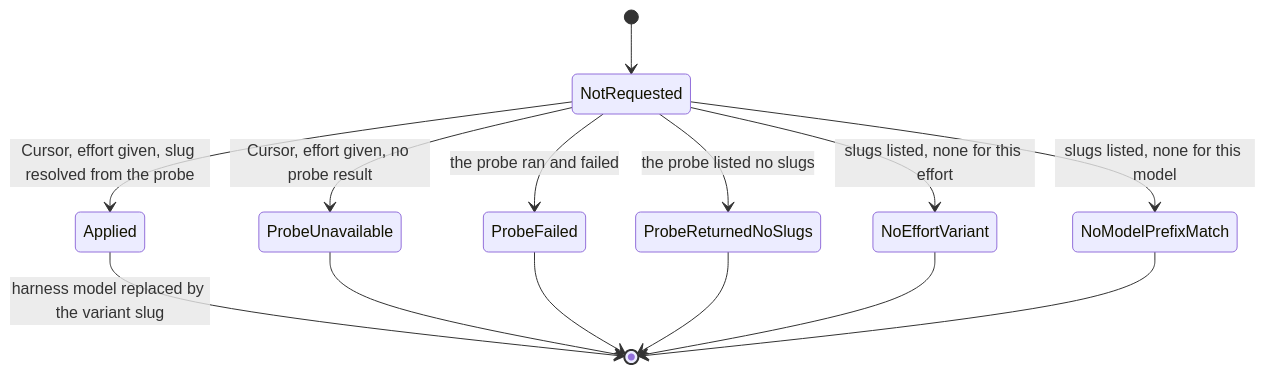
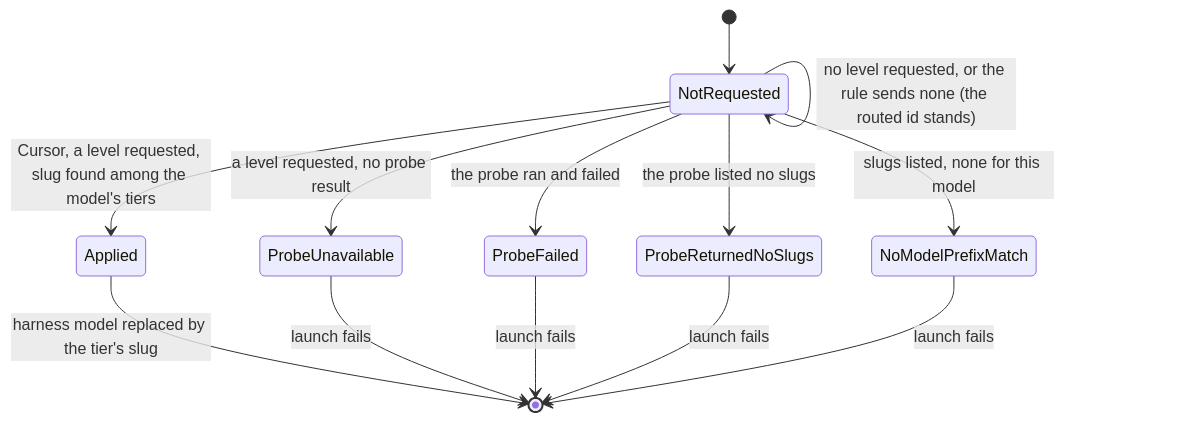
The second of 2 diagrams in src/build/policy/.context/state-machines.md (haowjy/mars-agents), drawn with Mermaid before and after one commit. The commit also changed other lines of this file and 50 other files, not shown here.

First line of the commit message:
effort: resolve to a level the model and harness take, and list the levels

````diff
--- a/src/build/policy/.context/state-machines.md
+++ b/src/build/policy/.context/state-machines.md
@@ -52,16 +54,15 @@
 ```mermaid
 stateDiagram-v2
   [*] --> NotRequested
-  NotRequested --> Applied: Cursor, effort given, slug resolved from the probe
-  NotRequested --> ProbeUnavailable: Cursor, effort given, no probe result
+  NotRequested --> Applied: Cursor, a level requested, slug found among the model's tiers
+  NotRequested --> NotRequested: no level requested, or the rule sends none (the routed id stands)
+  NotRequested --> ProbeUnavailable: a level requested, no probe result
   NotRequested --> ProbeFailed: the probe ran and failed
   NotRequested --> ProbeReturnedNoSlugs: the probe listed no slugs
-  NotRequested --> NoEffortVariant: slugs listed, none for this effort
   NotRequested --> NoModelPrefixMatch: slugs listed, none for this model
-  Applied --> [*]: harness model replaced by the variant slug
-  ProbeUnavailable --> [*]
-  ProbeFailed --> [*]
-  ProbeReturnedNoSlugs --> [*]
-  NoEffortVariant --> [*]
-  NoModelPrefixMatch --> [*]
+  Applied --> [*]: harness model replaced by the tier's slug
+  ProbeUnavailable --> [*]: launch fails
+  ProbeFailed --> [*]: launch fails
+  ProbeReturnedNoSlugs --> [*]: launch fails
+  NoModelPrefixMatch --> [*]: launch fails
 ```
````
